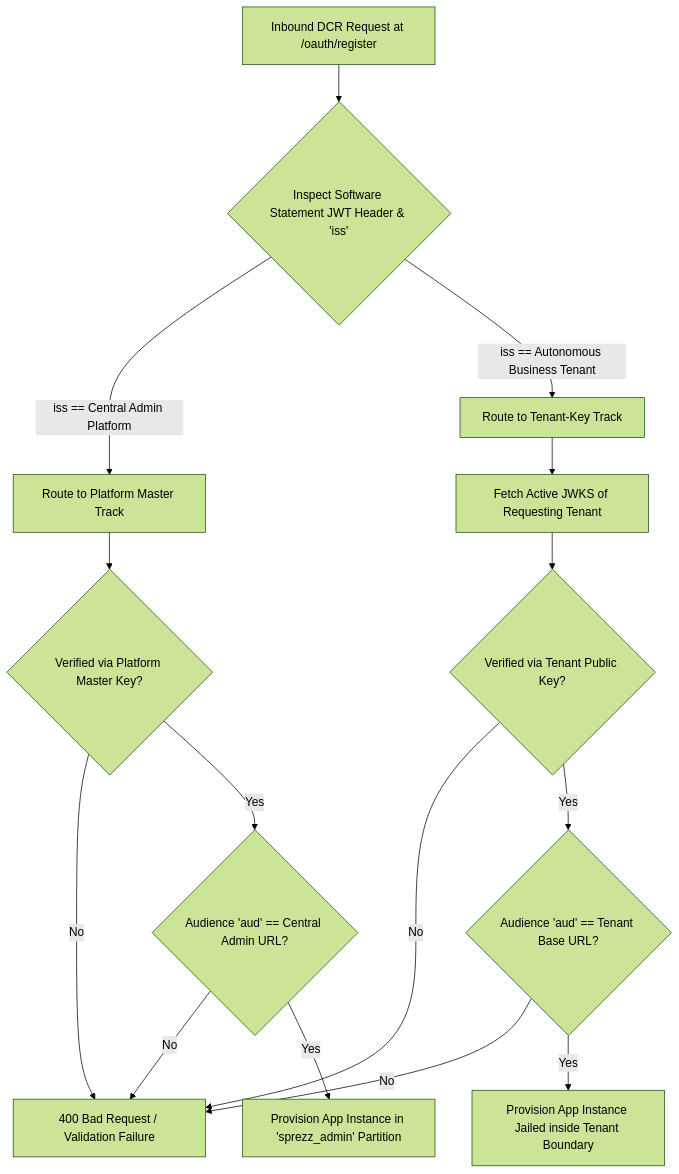
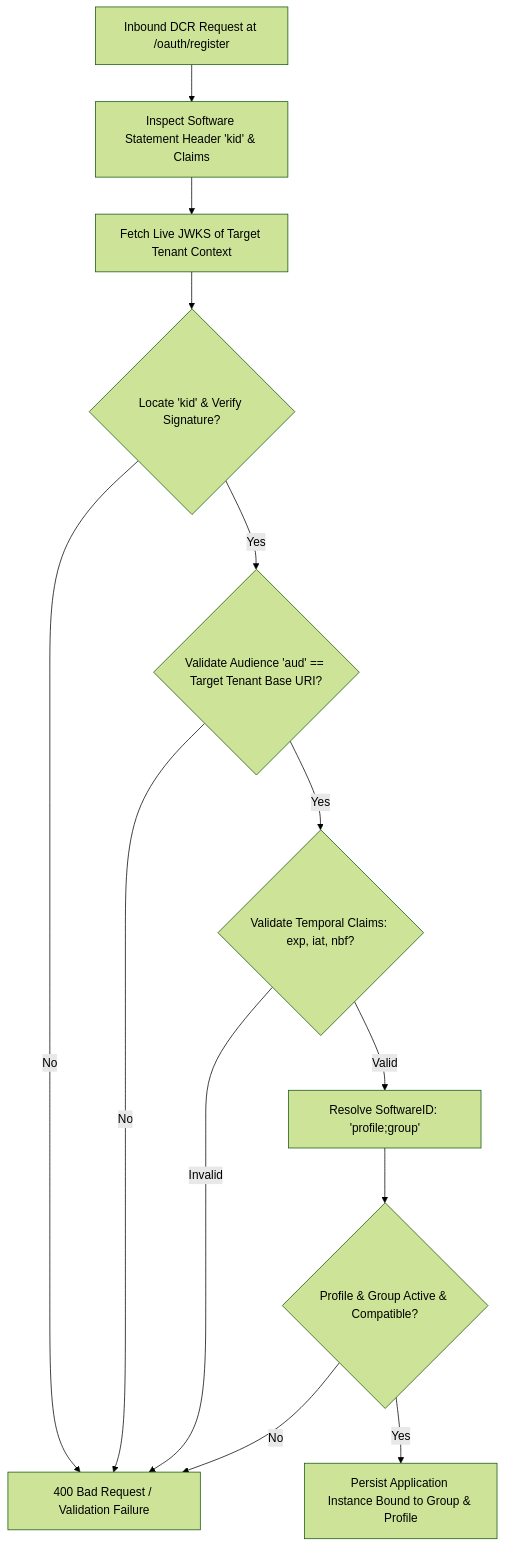
One commit to sprezz-net/sprezz-identity changed the fifth of 6 diagrams in docs/architecture_blueprint.md. Above: the diagram before and after it, drawn with Mermaid (forest theme). The commit also changed other lines of this file and 17 other files, not shown here.

````diff
--- a/docs/architecture_blueprint.md
+++ b/docs/architecture_blueprint.md
@@ -426,20 +421,15 @@
 ```mermaid
 graph TD
-    A[Inbound DCR Request at /oauth/register] --> B{Inspect Software Statement JWT Header & 'iss'}
-
-    B -->|iss == Central Admin Platform| C[Route to Platform Master Track]
-    B -->|iss == Autonomous Business Tenant| D[Route to Tenant-Key Track]
-
-    C --> C1{Verified via Platform Master Key?}
-    C1 -->|No| X[400 Bad Request / Validation Failure]
-    C1 -->|Yes| C2{Audience 'aud' == Central Admin URL?}
-    C2 -->|No| X
-    C2 -->|Yes| C3[Provision App Instance in 'sprezz_admin' Partition]
-
-    D --> D1[Fetch Active JWKS of Requesting Tenant]
-    D1 --> D2{Verified via Tenant Public Key?}
-    D2 -->|No| X
-    D2 -->|Yes| D3{Audience 'aud' == Tenant Base URL?}
-    D3 -->|No| X
-    D3 -->|Yes| D4[Provision App Instance Jailed inside Tenant Boundary]
+    A[Inbound DCR Request at /oauth/register] --> B[Inspect Software Statement Header 'kid' & Claims]
+    B --> C[Fetch Live JWKS of Target Tenant Context]
+    C --> D{Locate 'kid' & Verify Signature?}
+    D -->|No| X[400 Bad Request / Validation Failure]
+    D -->|Yes| E{Validate Audience 'aud' == Target Tenant Base URI?}
+    E -->|No| X
+    E -->|Yes| F{Validate Temporal Claims: exp, iat, nbf?}
+    F -->|Invalid| X
+    F -->|Valid| G[Resolve SoftwareID: 'profile;group']
+    G --> H{Profile & Group Active & Compatible?}
+    H -->|No| X
+    H -->|Yes| I[Persist Application Instance Bound to Group & Profile]
 ```
````
